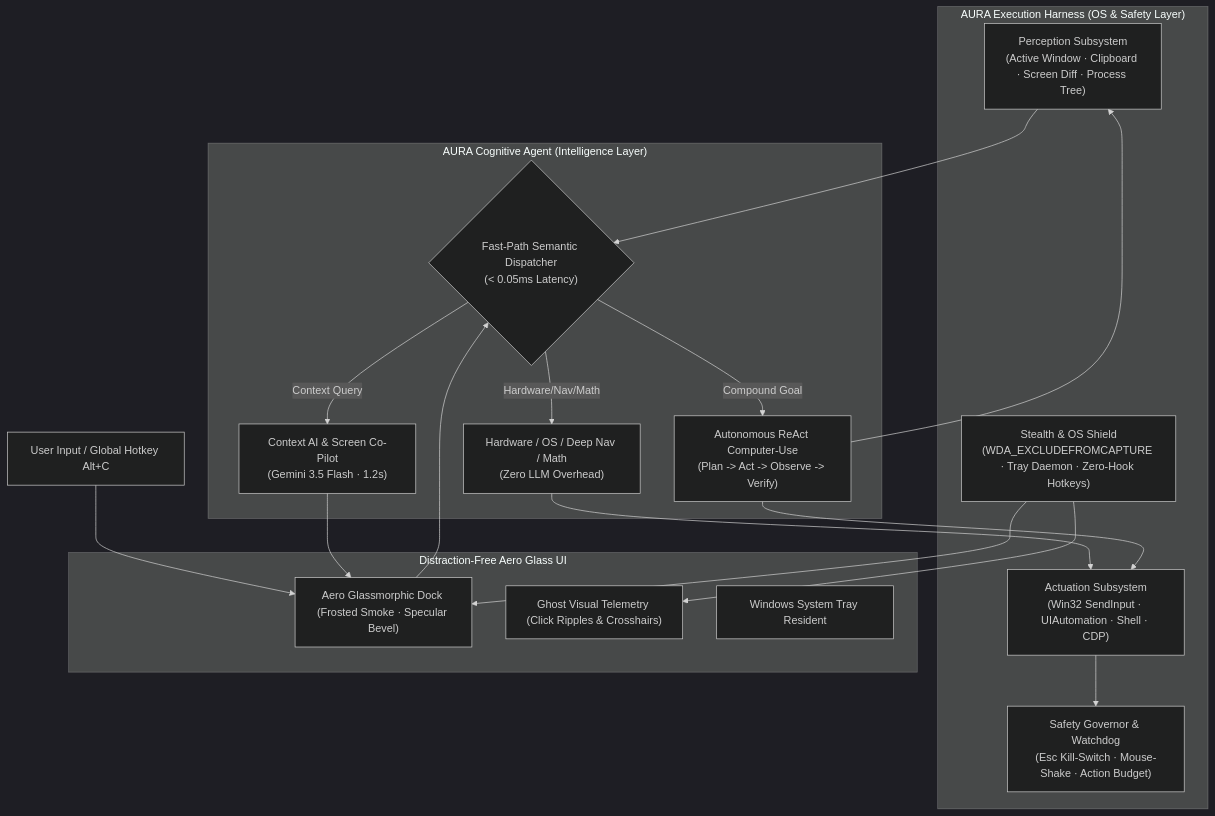
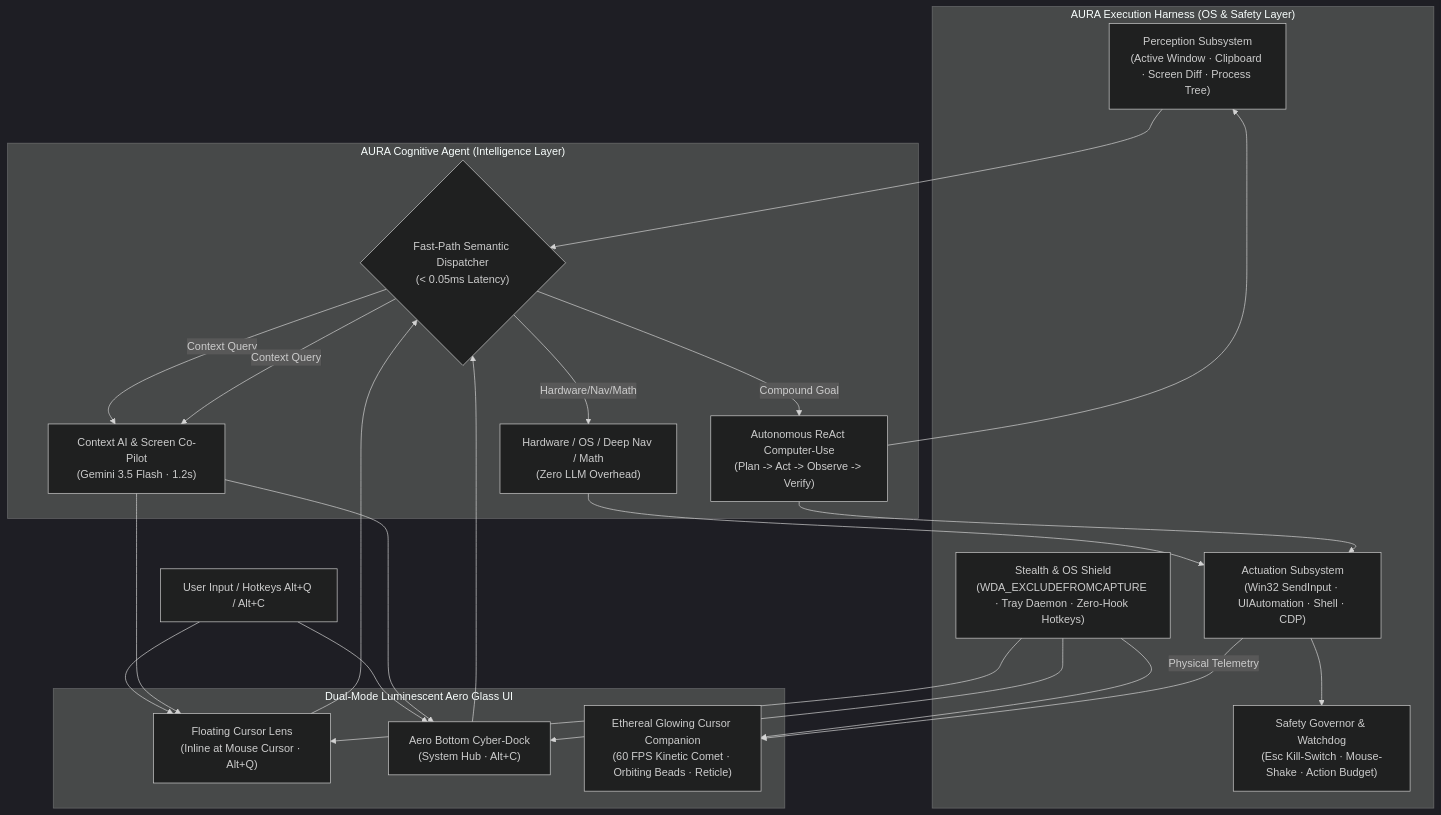
One commit to Psychic-arpit/aura-cognitive-harness changed the diagram in README.md. Above: the diagram before and after it, drawn with Mermaid (dark theme). The commit also changed other lines of this file and 9 other files, not shown here.

Commit message:
feat(cursor-ai): implement 60fps luminescent cursor companion, floating cursor lens (Alt+Q), and multimodal vision grounding

````diff
--- a/README.md
+++ b/README.md
@@ -17,33 +17,38 @@
 ```mermaid
 flowchart TD
     subgraph Harness ["AURA Execution Harness (OS & Safety Layer)"]
         Sensors["Perception Subsystem\n(Active Window · Clipboard · Screen Diff · Process Tree)"]
         Actuators["Actuation Subsystem\n(Win32 SendInput · UIAutomation · Shell · CDP)"]
         Safety["Safety Governor & Watchdog\n(Esc Kill-Switch · Mouse-Shake · Action Budget)"]
         Stealth["Stealth & OS Shield\n(WDA_EXCLUDEFROMCAPTURE · Tray Daemon · Zero-Hook Hotkeys)"]
     end
 
     subgraph Agent ["AURA Cognitive Agent (Intelligence Layer)"]
         Router{"Fast-Path Semantic Dispatcher\n(< 0.05ms Latency)"}
         Tier0["Hardware / OS / Deep Nav / Math\n(Zero LLM Overhead)"]
         Tier1["Context AI & Screen Co-Pilot\n(Gemini 3.5 Flash · 1.2s)"]
         Tier2["Autonomous ReAct Computer-Use\n(Plan -> Act -> Observe -> Verify)"]
     end
 
-    subgraph UI ["Distraction-Free Aero Glass UI"]
-        Dock["Aero Glassmorphic Dock (Frosted Smoke · Specular Bevel)"]
-        Overlay["Ghost Visual Telemetry (Click Ripples & Crosshairs)"]
-        Tray["Windows System Tray Resident"]
+    subgraph UI ["Dual-Mode Luminescent Aero Glass UI"]
+        Lens["Floating Cursor Lens\n(Inline at Mouse Cursor · Alt+Q)"]
+        Dock["Aero Bottom Cyber-Dock\n(System Hub · Alt+C)"]
+        Overlay["Ethereal Glowing Cursor Companion\n(60 FPS Kinetic Comet · Orbiting Beads · Reticle)"]
     end
 
-    User[User Input / Global Hotkey Alt+C] --> Dock
+    User[User Input / Hotkeys Alt+Q / Alt+C] --> Lens
+    User --> Dock
     Sensors --> Router
+    Lens --> Router
     Dock --> Router
     Router -->|Hardware/Nav/Math| Tier0 --> Actuators
+    Router -->|Context Query| Tier1 --> Lens
     Router -->|Context Query| Tier1 --> Dock
     Router -->|Compound Goal| Tier2 --> Actuators
     Actuators --> Safety
     Tier2 --> Sensors
+    Stealth --> Lens
     Stealth --> Dock
     Stealth --> Overlay
+    Actuators -->|Physical Telemetry| Overlay
 ```
````
